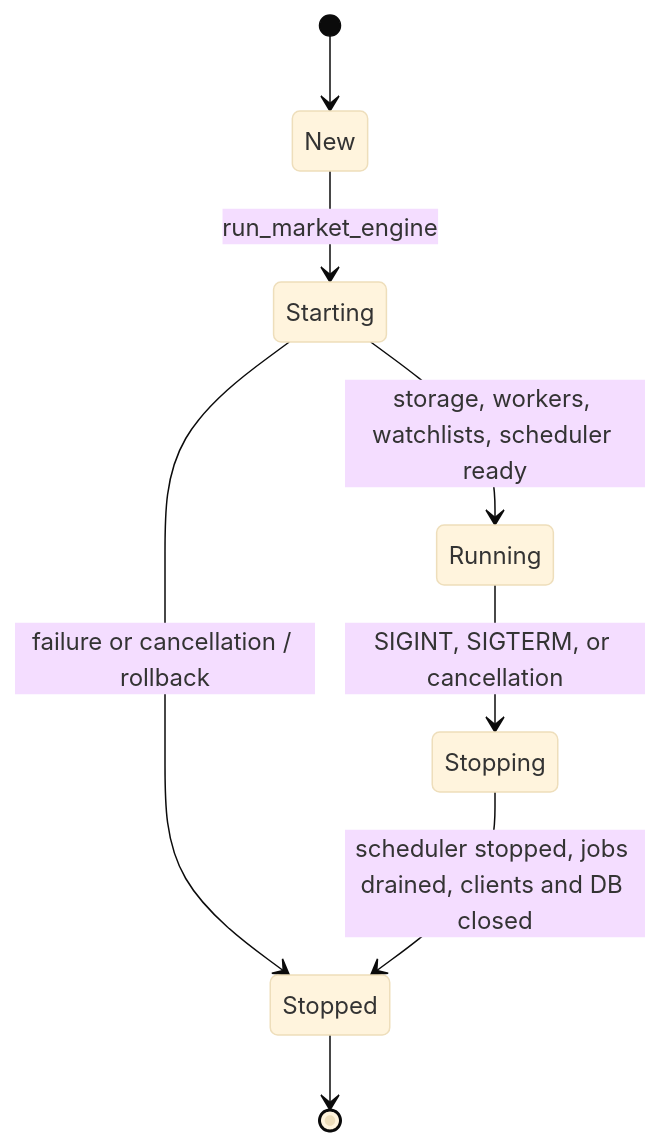
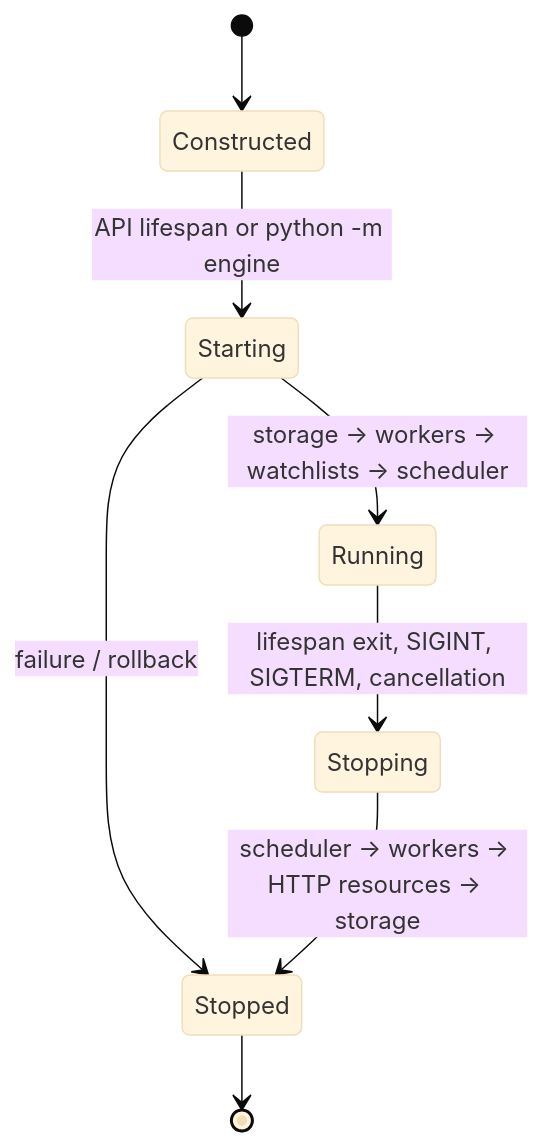
One commit to maciejL03/price-oracle changed the fifth of 5 diagrams in README.md. Above: the diagram before and after it, drawn with Mermaid (base theme). The commit also changed other lines of this file and 25 other files, not shown here.

````diff
--- a/README.md
+++ b/README.md
@@ -211,10 +146,10 @@
 ```mermaid
 stateDiagram-v2
-    [*] --> New
-    New --> Starting: run_market_engine
-    Starting --> Running: storage, workers, watchlists, scheduler ready
-    Starting --> Stopped: failure or cancellation / rollback
-    Running --> Stopping: SIGINT, SIGTERM, or cancellation
-    Stopping --> Stopped: scheduler stopped, jobs drained, clients and DB closed
+    [*] --> Constructed
+    Constructed --> Starting: API lifespan or python -m engine
+    Starting --> Running: storage → workers → watchlists → scheduler
+    Starting --> Stopped: failure / rollback
+    Running --> Stopping: lifespan exit, SIGINT, SIGTERM, cancellation
+    Stopping --> Stopped: scheduler → workers → HTTP resources → storage
     Stopped --> [*]
 ```
````
